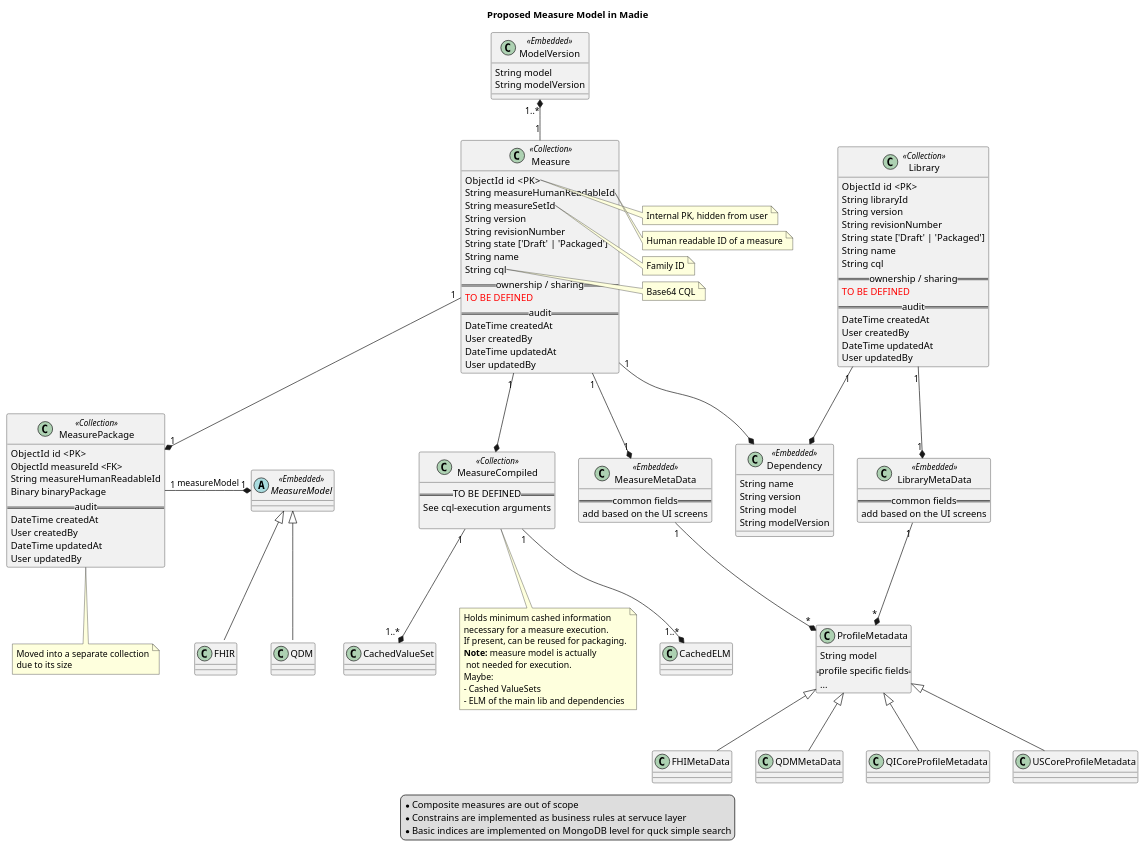
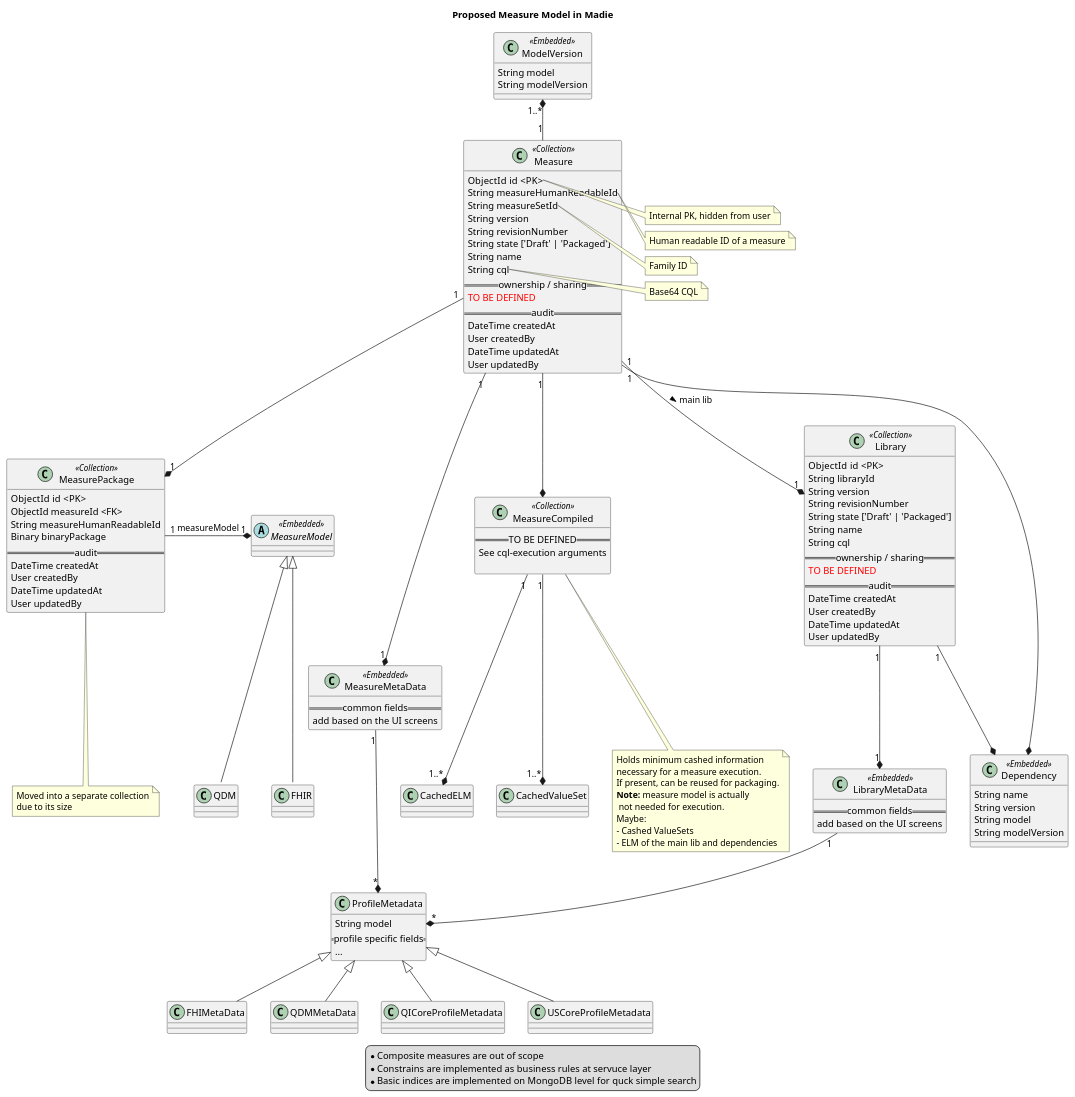
The diagram in madie_model.plantuml (serhii-ilin/diagrams_and_docs), drawn with PlantUML before and after one commit.

Commit message:
README.md

```diff
--- a/madie_model.plantuml
+++ b/madie_model.plantuml
@@ -1,163 +1,165 @@
 @startuml Measure Model
 
 title Proposed Measure Model in Madie
 
 class Measure <<Collection>> {
     ObjectId id  <PK>
     String measureHumanReadableId
     String measureSetId
     String version
     String revisionNumber
     String state ['Draft' | 'Packaged']
     String name
     String cql
     == ownership / sharing ==
     <color:red>TO BE DEFINED</color>
     == audit ==
     DateTime createdAt
     User createdBy
     DateTime updatedAt
     User updatedBy
 }
 
 note right of Measure::id
 Internal PK, hidden from user
 end note
 note right of Measure::measureHumanReadableId
 Human readable ID of a measure
 end note
 note right of Measure::measureSetId
 Family ID
 end note
 note right of Measure::cql
 Base64 CQL
 end note
 
 class ModelVersion <<Embedded>> {
     String model
     String modelVersion
 }
 
 Measure "1" -up-* "1..*" ModelVersion
 
 
 class MeasureMetaData <<Embedded>> {
 == common fields ==
 add based on the UI screens
 }
 
 class LibraryMetaData <<Embedded>> {
 == common fields ==
 add based on the UI screens
 }
 
 class ProfileMetadata {
     String model
 == profile specific fields ==
     ...
 }
 
 
 Measure "1" --* "1" MeasureMetaData
 
 MeasureMetaData "1" --* "*" ProfileMetadata
 LibraryMetaData "1" --* "*" ProfileMetadata
 
 ProfileMetadata <|-- FHIMetaData
 ProfileMetadata <|-- QDMMetaData
 ProfileMetadata <|-- QICoreProfileMetadata
 ProfileMetadata <|-- USCoreProfileMetadata
 
 
 Measure "1" --* MeasureCompiled
 
 note bottom of MeasureCompiled
 Holds minimum cashed information
 necessary for a measure execution.
 If present, can be reused for packaging.
 <b>Note:</b> measure model is actually
  not needed for execution.
 Maybe:
 - Cashed ValueSets
 - ELM of the main lib and dependencies
 end note
 
 Measure "1" --* "1" MeasurePackage
 
 class MeasurePackage <<Collection>> {
     ObjectId id  <PK>
     ObjectId measureId <FK>
     String measureHumanReadableId
     Binary binaryPackage
     == audit ==
     DateTime createdAt
     User createdBy
     DateTime updatedAt
     User updatedBy
 }
 
 note bottom of MeasurePackage {
  Moved into a separate collection
  due to its size
 }
 
 class MeasureCompiled <<Collection>> {
     == TO BE DEFINED ==
     See cql-execution arguments
 
 }
 
 MeasureCompiled "1" --* "1..*" CachedELM
 MeasureCompiled "1" --* "1..*" CachedValueSet
 
+Measure "1" --* "1" Library:  > main lib
+
 class Library <<Collection>> {
     ObjectId id  <PK>
     String libraryId
     String version
     String revisionNumber
     String state ['Draft' | 'Packaged']
     String name
     String cql
     == ownership / sharing ==
     <color:red>TO BE DEFINED</color>
     == audit ==
     DateTime createdAt
     User createdBy
     DateTime updatedAt
     User updatedBy
 }
 
 
 Library "1" --* "1" LibraryMetaData
 
 MeasurePackage "1" -* "1" MeasureModel : measureModel
 
 'FIXME composite measure
 
 'FIXME libraries / dependencies
 
 
 Measure "1" --* Dependency
 Library "1" --* Dependency
 
 class Dependency <<Embedded>> {
     String name
     String version
     String model
     String modelVersion
 }
 
 abstract class MeasureModel <<Embedded>> {
 }
 
 MeasureModel <|-- FHIR::Measure
 MeasureModel <|-- QDM::Measure
 
 
 legend
  * Composite measures are out of scope
  * Constrains are implemented as business rules at servuce layer
  * Basic indices are implemented on MongoDB level for quck simple search
 endlegend
 
 @enduml
```
